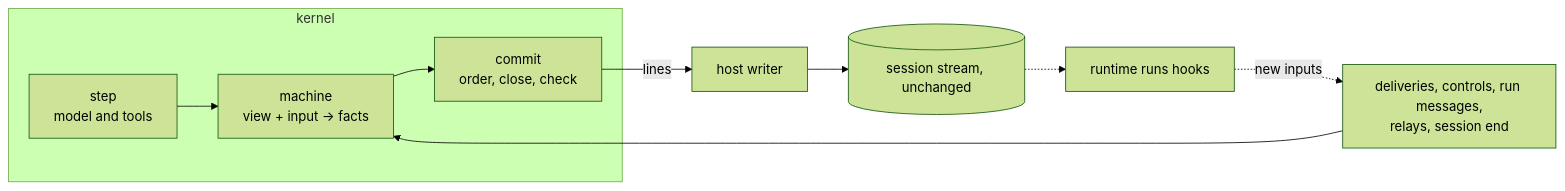
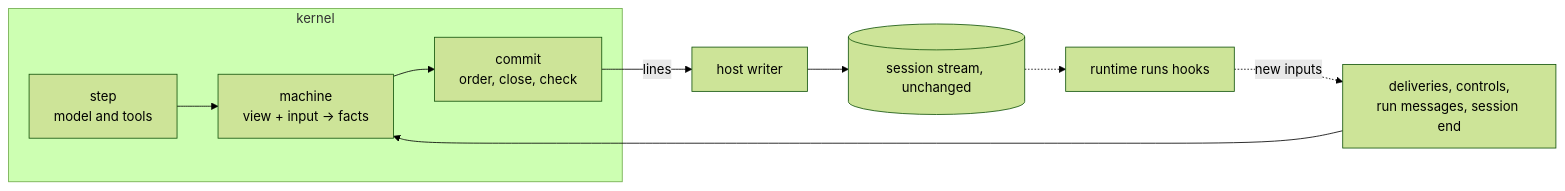
The fifth of 6 diagrams in research/session-kernel.md (vercel/eve), drawn with Mermaid (forest theme) before and after one commit. The commit also changed other lines of this file, not shown here.

````diff
--- a/research/session-kernel.md
+++ b/research/session-kernel.md
@@ -127,12 +121,12 @@
 ```mermaid
 flowchart LR
   subgraph Kernel["kernel"]
     Step["step<br/>model and tools"] --> Machine["machine<br/>view + input → facts"]
     Machine --> Commit["commit<br/>order, close, check"]
   end
-  Inputs["deliveries, controls, run messages,<br/>relays, session end"] --> Machine
+  Inputs["deliveries, controls,<br/>run messages, session end"] --> Machine
   Commit -- lines --> Host["host writer"]
   Host --> Stream[("session stream, unchanged")]
   Stream -.-> Hooks["runtime runs hooks"]
   Hooks -. new inputs .-> Inputs
 ```
````
